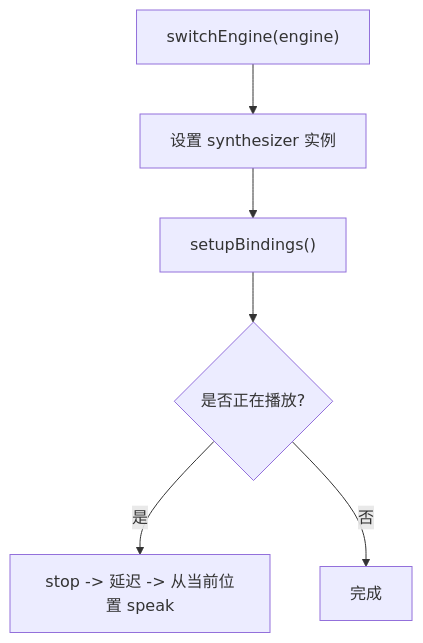
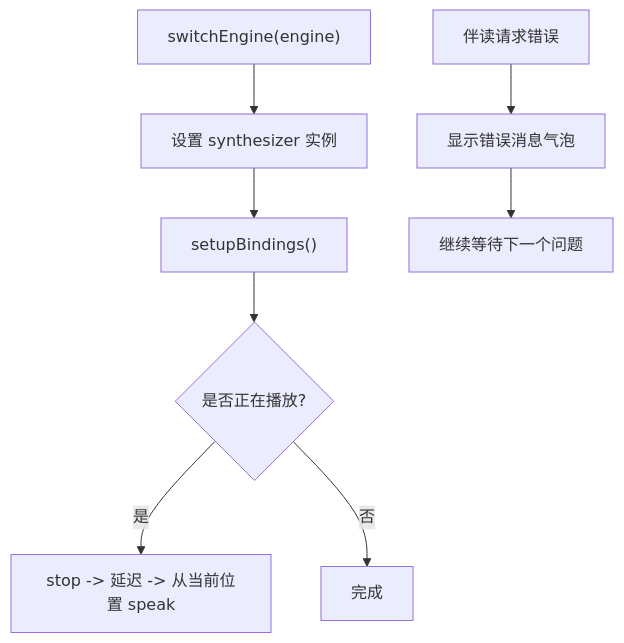
Before and after one commit to Primoguo/Knowledge: the ninth of 11 diagrams in .qoder/repowiki/zh/content/架构设计/状态管理.md, drawn with Mermaid. The commit also changed other lines of this file and 32 other files, not shown here.

````diff
--- a/.qoder/repowiki/zh/content/架构设计/状态管理.md
+++ b/.qoder/repowiki/zh/content/架构设计/状态管理.md
@@ -302,8 +394,10 @@
 ```mermaid
 flowchart TD
 Switch["switchEngine(engine)"] --> SetEng["设置 synthesizer 实例"]
 SetEng --> Rebind["setupBindings()"]
 Rebind --> Playing{"是否正在播放?"}
 Playing -- 是 --> Restart["stop -> 延迟 -> 从当前位置 speak"]
 Playing -- 否 --> Done["完成"]
+AskError["伴读请求错误"] --> ShowError["显示错误消息气泡"]
+ShowError --> Continue["继续等待下一个问题"]
 ```
````
